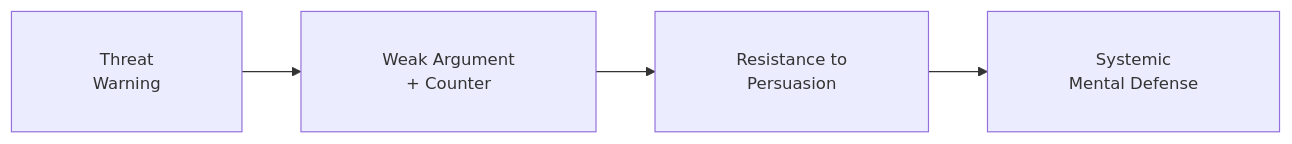
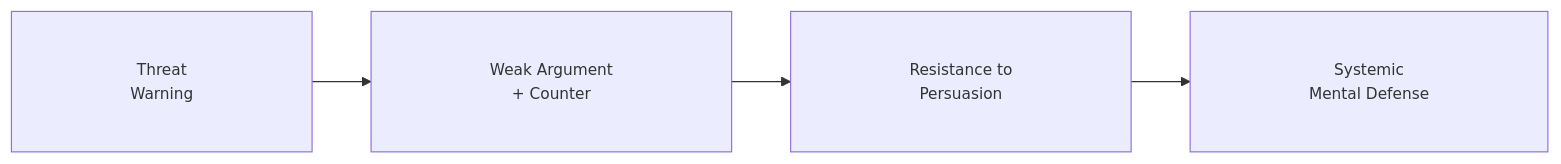
One commit to GM024/CourseSummaries changed the seventh of 7 diagrams in Communication_Influence/Mastery_Guide_SOW_BS033.md. Above: the diagram before and after it, drawn with Mermaid. The commit also changed other lines of this file, not shown here.

Commit message:
Standardize all diagrams with 13px font, 40px padding, and Quad-Invisible-Padding

````diff
--- a/Communication_Influence/Mastery_Guide_SOW_BS033.md
+++ b/Communication_Influence/Mastery_Guide_SOW_BS033.md
@@ -213,7 +213,7 @@
 ```mermaid
-%%{init: {'flowchart': {'padding': 30}, 'themeVariables': { 'fontSize': '14px' }}}%%
+%%{init: {'flowchart': {'padding': 40}, 'themeVariables': { 'fontSize': '13px' }}}%%
 graph LR
-    Warning["&nbsp; Threat &nbsp;<br/>&nbsp; Warning &nbsp;"] --> Refutation["&nbsp; Weak Argument &nbsp;<br/>&nbsp; + Counter &nbsp;"]
-    Refutation --> Immunity["&nbsp; Resistance to &nbsp;<br/>&nbsp; Persuasion &nbsp;"]
-    Immunity --> Defense["&nbsp; Systemic &nbsp;<br/>&nbsp; Mental Defense &nbsp;"]
+    Warning["&nbsp;&nbsp;&nbsp;&nbsp; Threat &nbsp;&nbsp;&nbsp;&nbsp;<br/>&nbsp;&nbsp;&nbsp;&nbsp; Warning &nbsp;&nbsp;&nbsp;&nbsp;"] --> Refutation["&nbsp;&nbsp;&nbsp;&nbsp; Weak Argument &nbsp;&nbsp;&nbsp;&nbsp;<br/>&nbsp;&nbsp;&nbsp;&nbsp; + Counter &nbsp;&nbsp;&nbsp;&nbsp;"]
+    Refutation --> Immunity["&nbsp;&nbsp;&nbsp;&nbsp; Resistance to &nbsp;&nbsp;&nbsp;&nbsp;<br/>&nbsp;&nbsp;&nbsp;&nbsp; Persuasion &nbsp;&nbsp;&nbsp;&nbsp;"]
+    Immunity --> Defense["&nbsp;&nbsp;&nbsp;&nbsp; Systemic &nbsp;&nbsp;&nbsp;&nbsp;<br/>&nbsp;&nbsp;&nbsp;&nbsp; Mental Defense &nbsp;&nbsp;&nbsp;&nbsp;"]
 ```
````
